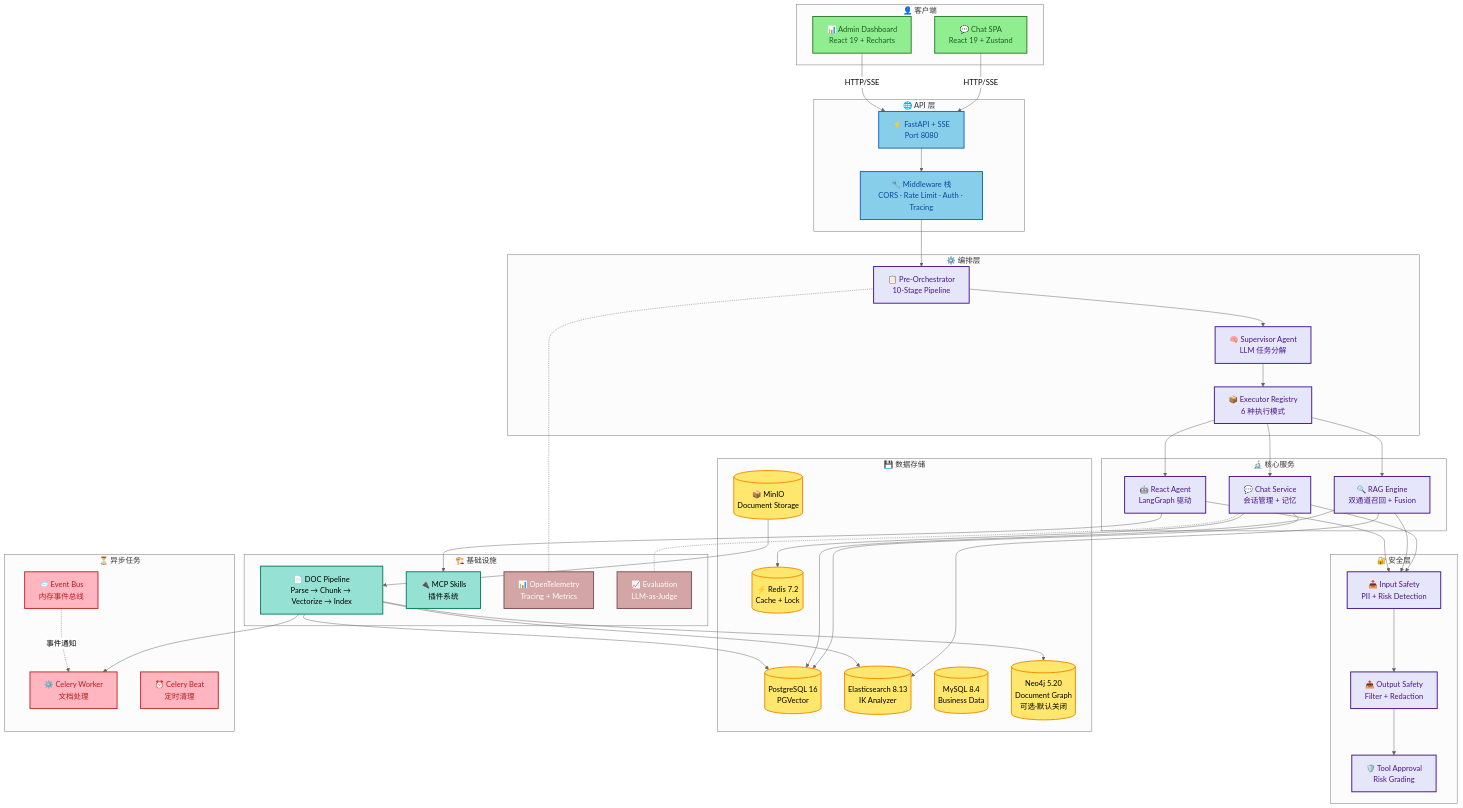
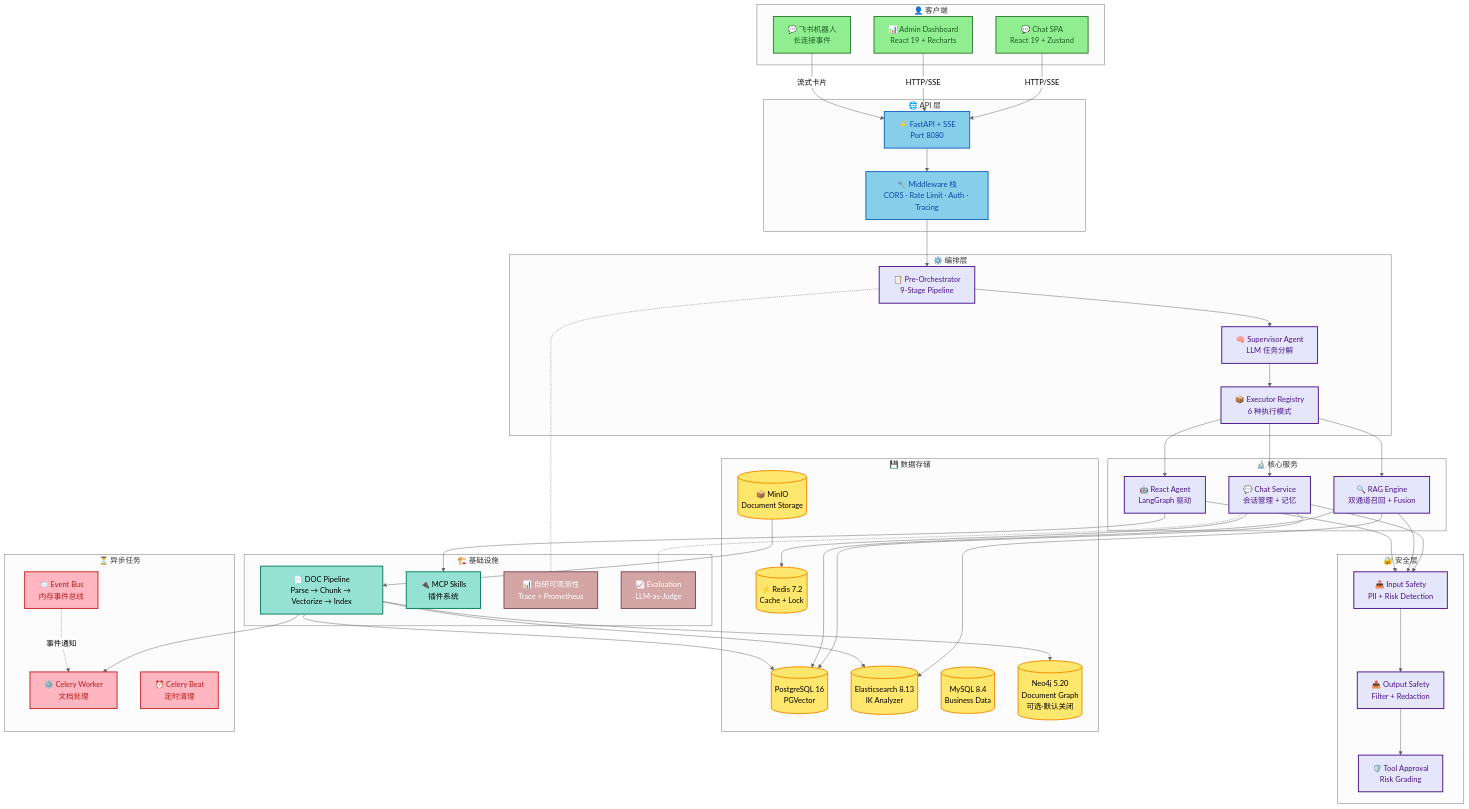
Before and after one commit to zhentaozhang/pipeline-rag: the fourth of 4 diagrams in README.md, drawn with Mermaid (neutral theme). The commit also changed other lines of this file, not shown here.

```diff
--- a/README.md
+++ b/README.md
@@ -206,6 +223,7 @@
     subgraph Clients[👤 客户端]
         UI[💬 Chat SPA<br/>React 19 + Zustand]:::client
         ADMIN[📊 Admin Dashboard<br/>React 19 + Recharts]:::client
+        FEISHU[💬 飞书机器人<br/>长连接事件]:::client
     end
 
     subgraph API[🌐 API 层]
@@ -214,7 +232,7 @@
     end
 
     subgraph Orchestration[⚙️ 编排层]
-        ORC[📋 Pre-Orchestrator<br/>10-Stage Pipeline]:::core
+        ORC[📋 Pre-Orchestrator<br/>9-Stage Pipeline]:::core
         SUP[🧠 Supervisor Agent<br/>LLM 任务分解]:::core
         REG[📦 Executor Registry<br/>6 种执行模式]:::core
     end
@@ -249,12 +267,13 @@
     subgraph Infrastructure[🏗️ 基础设施]
         DOC[📄 DOC Pipeline<br/>Parse → Chunk → Vectorize → Index]:::infra
         MCP[🔌 MCP Skills<br/>插件系统]:::infra
-        OBS[📊 OpenTelemetry<br/>Tracing + Metrics]:::obs
+        OBS[📊 自研可观测性<br/>Trace + Prometheus]:::obs
         EVAL[📈 Evaluation<br/>LLM-as-Judge]:::obs
     end
 
     UI -->|HTTP/SSE| FW
     ADMIN -->|HTTP/SSE| FW
+    FEISHU -->|流式卡片| FW
     FW --> MID
     MID --> ORC
     ORC --> SUP
```
